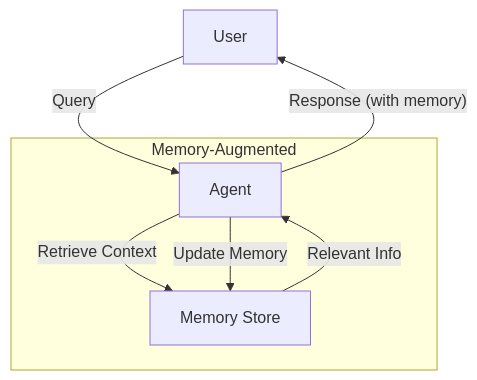
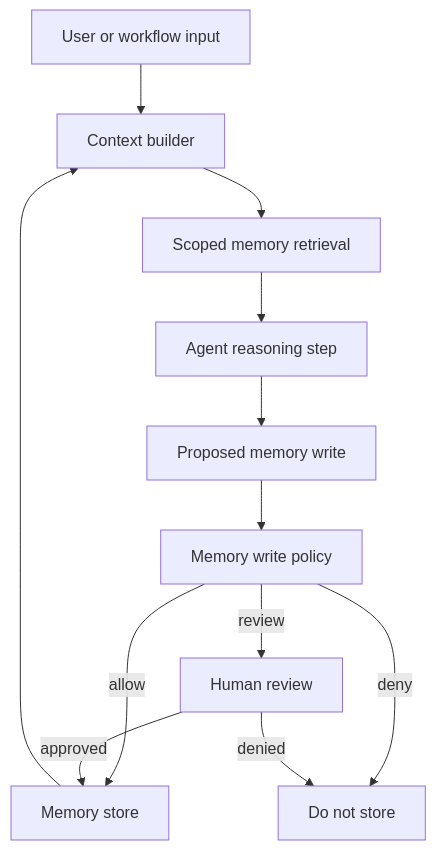
One commit to GTuritto/Agentic-Systems-Patterns changed the diagram in memory-augmented-agent-pattern/README.md. Above: the diagram before and after it, drawn with Mermaid. The commit also changed other lines of this file and 1 other file, not shown here.

Commit message:
docs: strengthen memory augmented agent governance

````diff
--- a/memory-augmented-agent-pattern/README.md
+++ b/memory-augmented-agent-pattern/README.md
@@ -37,12 +27,14 @@
 ```mermaid
 flowchart TD
-    U[User] -- Query --> A[Agent]
-    A -- Retrieve Context --> M[Memory Store]
-    M -- Relevant Info --> A
-    A -- Response (with memory) --> U
-    A -- Update Memory --> M
-    subgraph Memory-Augmented
-        A
-        M
-    end
+  U[User or workflow input] --> C[Context builder]
+  C --> R[Scoped memory retrieval]
+  R --> A[Agent reasoning step]
+  A --> P[Proposed memory write]
+  P --> G[Memory write policy]
+  G -->|allow| M[Memory store]
+  G -->|review| H[Human review]
+  G -->|deny| X[Do not store]
+  M --> C
+  H -->|approved| M
+  H -->|denied| X
 ```
````
